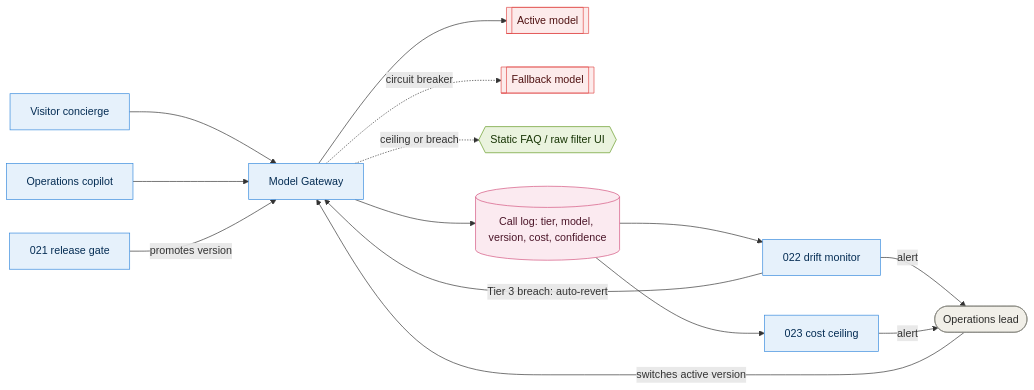
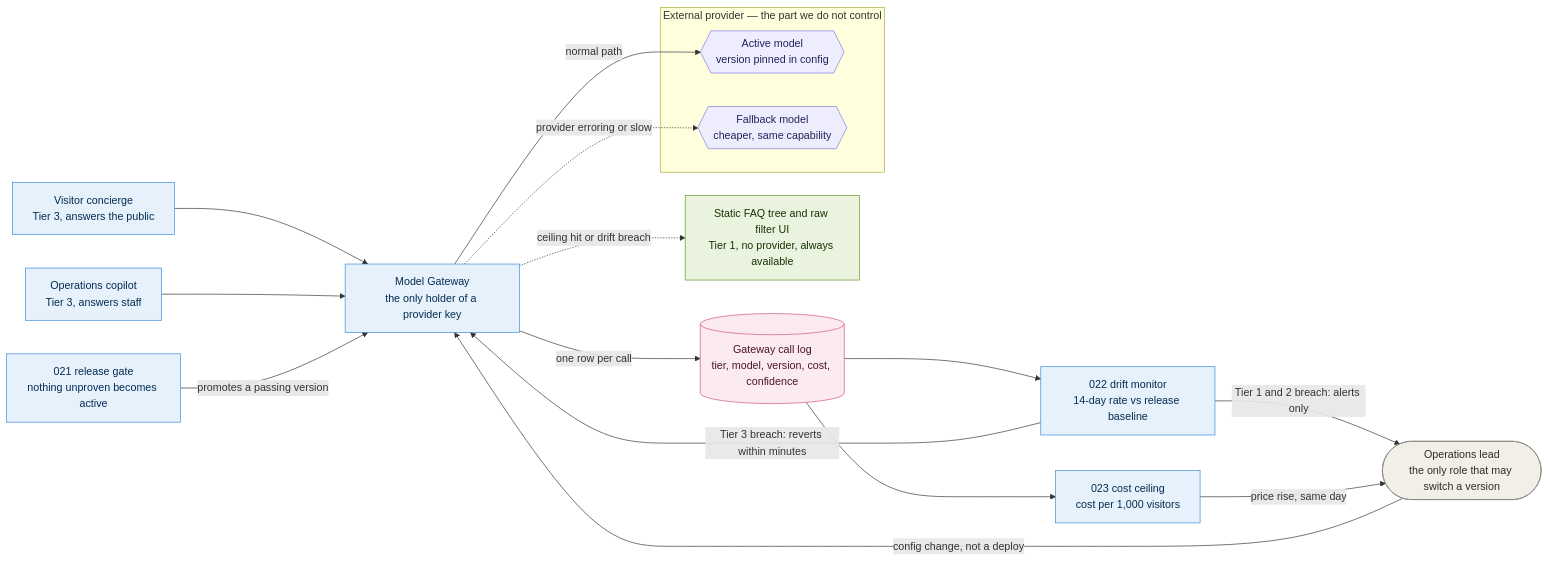
Before and after one commit to Humanberto/architectural-katas-2026: the diagram in docs/diagrams/09-model-gateway.md, drawn with Mermaid. The commit also changed other lines of this file, not shown here.

Commit message:
fix(diagram-09): correct shapes against the key, put detail in labels
Static fallback was a hexagon (reads as a model); provider models were subroutine boxes so rendered red instead of Tier 3.

````diff
--- a/docs/diagrams/09-model-gateway.md
+++ b/docs/diagrams/09-model-gateway.md
@@ -7,48 +9,51 @@
 ```mermaid
 flowchart LR
-  concierge[Visitor concierge]
-  copilot[Operations copilot]
+  concierge[Visitor concierge<br/>Tier 3, answers the public]
+  copilot[Operations copilot<br/>Tier 3, answers staff]
 
-  gateway[Model Gateway]
+  gateway[Model Gateway<br/>the only holder of a provider key]
 
-  active[[Active model]]
-  fb1[[Fallback model]]
-  static{{Static FAQ / raw filter UI}}
+  subgraph prov["External provider — the part we do not control"]
+    active{{Active model<br/>version pinned in config}}
+    fb1{{Fallback model<br/>cheaper, same capability}}
+  end
 
-  log[(Call log: tier, model, version, cost, confidence)]
+  static[Static FAQ tree and raw filter UI<br/>Tier 1, no provider, always available]
 
-  gate[021 release gate]
-  drift[022 drift monitor]
-  cost[023 cost ceiling]
+  log[(Gateway call log<br/>tier, model, version, cost, confidence)]
 
-  opslead([Operations lead])
+  gate[021 release gate<br/>nothing unproven becomes active]
+  drift[022 drift monitor<br/>14-day rate vs release baseline]
+  cost[023 cost ceiling<br/>cost per 1,000 visitors]
+
+  opslead([Operations lead<br/>the only role that may switch a version])
 
   concierge --> gateway
   copilot --> gateway
-  gateway --> active
-  gateway -. circuit breaker .-> fb1
-  gateway -. ceiling or breach .-> static
-  gateway --> log
+  gateway -- normal path --> active
+  gateway -. provider erroring or slow .-> fb1
+  gateway -. ceiling hit or drift breach .-> static
+  gateway -- one row per call --> log
   log --> drift
   log --> cost
-  gate -- promotes version --> gateway
-  drift -- Tier 3 breach: auto-revert --> gateway
-  drift -- alert --> opslead
-  cost -- alert --> opslead
-  opslead -- switches active version --> gateway
+  gate -- promotes a passing version --> gateway
+  drift -- Tier 3 breach: reverts within minutes --> gateway
+  drift -- Tier 1 and 2 breach: alerts only --> opslead
+  cost -- price rise, same day --> opslead
+  opslead -- config change, not a deploy --> gateway
 
   classDef t1 fill:#EAF3DE,stroke:#639922,color:#173404
   classDef t2 fill:#FAEEDA,stroke:#BA7517,color:#412402
   classDef t3 fill:#EEEDFE,stroke:#7F77DD,color:#26215C
   classDef edge fill:#E1F5EE,stroke:#1D9E75,color:#04342C
   classDef cloud fill:#E6F1FB,stroke:#378ADD,color:#042C53
   classDef human fill:#F1EFE8,stroke:#888780,color:#2C2C2A
   classDef store fill:#FBEAF0,stroke:#D4537E,color:#4B1528
   classDef ext fill:#FCEBEB,stroke:#E24B4A,color:#501313
 
   class concierge,copilot,gateway,gate,drift,cost cloud
-  class active,fb1 ext
+  class active,fb1 t3
   class static t1
   class log store
   class opslead human
 ```
````
